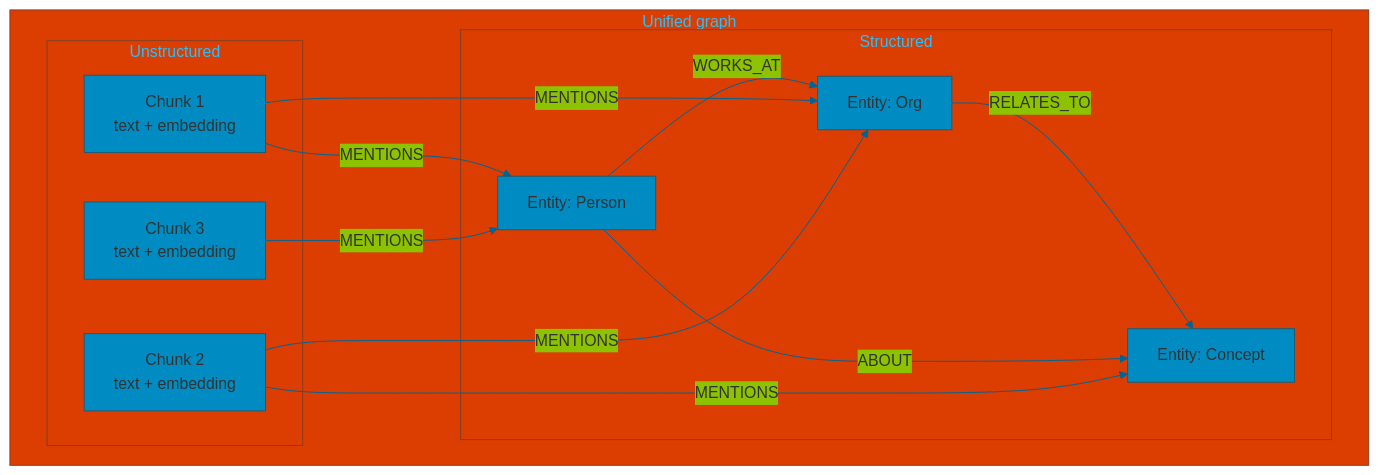
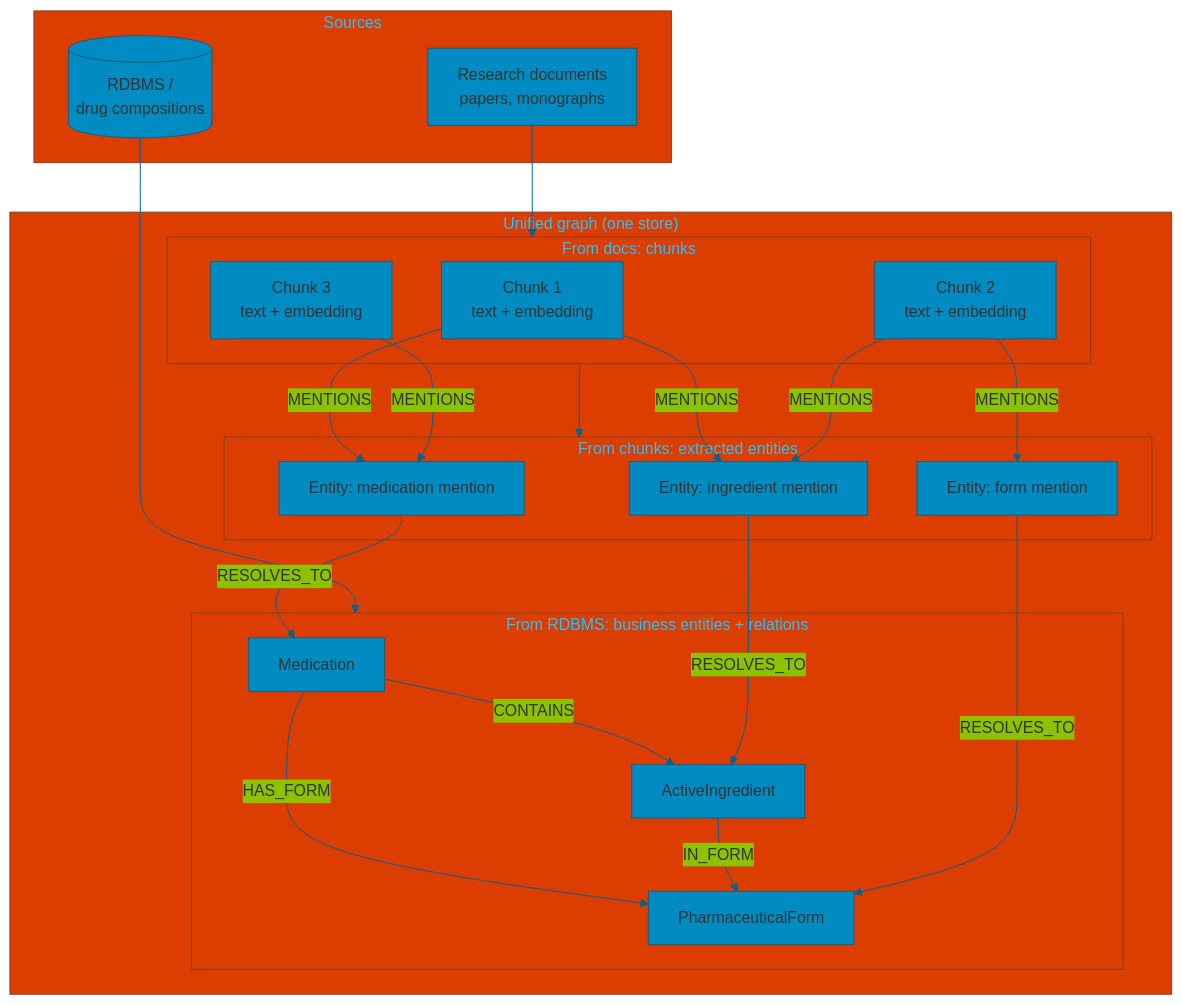
Before and after one commit to chboudry/cookingGraphRag: the first of 4 diagrams in content/1_Architecture/1_Graph RAG/2_Unified graph model.md, drawn with Mermaid. The commit also changed other lines of this file and 10 other files, not shown here.

Commit message:
Revise Graph RAG documentation: add a comprehensive overview section, update the unified graph model with a pharmaceutical use case, and remove outdated entity extraction and entities files for clarity and consistency.

````diff
--- a/content/1_Architecture/1_Graph RAG/2_Unified graph model.md
+++ b/content/1_Architecture/1_Graph RAG/2_Unified graph model.md
@@ -9,34 +28,53 @@
 ```mermaid
 %%{init:{
   'theme':'base',
   'themeVariables':{
     'primaryColor':'#008CC2',
     'textColor':'#000000',
     'lineColor':'#006494'
   }
 }}%%
 flowchart TB
-  subgraph UNIFIED["Unified graph"]
+  subgraph SOURCES["Sources"]
+    RDB[(RDBMS /<br/>drug compositions)]
+    DOC[Research documents<br/>papers, monographs]
+  end
 
-    subgraph UNSTRUCTURED["Unstructured"]
+  subgraph UNIFIED["Unified graph (one store)"]
+
+    subgraph RDB_NODES["From RDBMS: business entities + relations"]
+      M[Medication]
+      A[ActiveIngredient]
+      F[PharmaceuticalForm]
+      M -->|CONTAINS| A
+      M -->|HAS_FORM| F
+      A -->|IN_FORM| F
+    end
+
+    subgraph CHUNKS["From docs: chunks"]
       C1[Chunk 1<br/>text + embedding]
       C2[Chunk 2<br/>text + embedding]
       C3[Chunk 3<br/>text + embedding]
     end
 
-    subgraph STRUCTURED["Structured"]
-      E1[Entity: Person]
-      E2[Entity: Org]
-      E3[Entity: Concept]
-      E1 -->|WORKS_AT| E2
-      E2 -->|RELATES_TO| E3
-      E1 -->|ABOUT| E3
+    subgraph EXTRACTED["From chunks: extracted entities"]
+      Ex1[Entity: medication mention]
+      Ex2[Entity: ingredient mention]
+      Ex3[Entity: form mention]
     end
 
-    C1 -->|MENTIONS| E1
-    C1 -->|MENTIONS| E2
-    C2 -->|MENTIONS| E2
-    C2 -->|MENTIONS| E3
-    C3 -->|MENTIONS| E1
+    C1 -->|MENTIONS| Ex1
+    C1 -->|MENTIONS| Ex2
+    C2 -->|MENTIONS| Ex2
+    C2 -->|MENTIONS| Ex3
+    C3 -->|MENTIONS| Ex1
+
+    Ex1 -->|RESOLVES_TO| M
+    Ex2 -->|RESOLVES_TO| A
+    Ex3 -->|RESOLVES_TO| F
   end
+
+  RDB --> RDB_NODES
+  DOC --> CHUNKS
+  CHUNKS --> EXTRACTED
 ```
````
